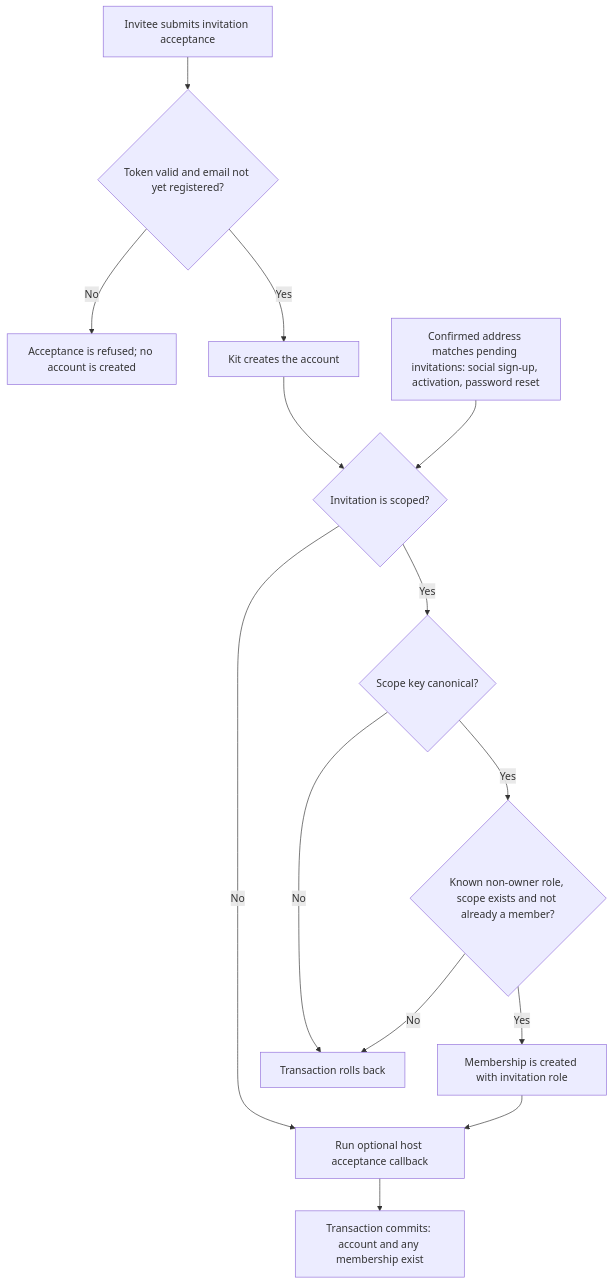
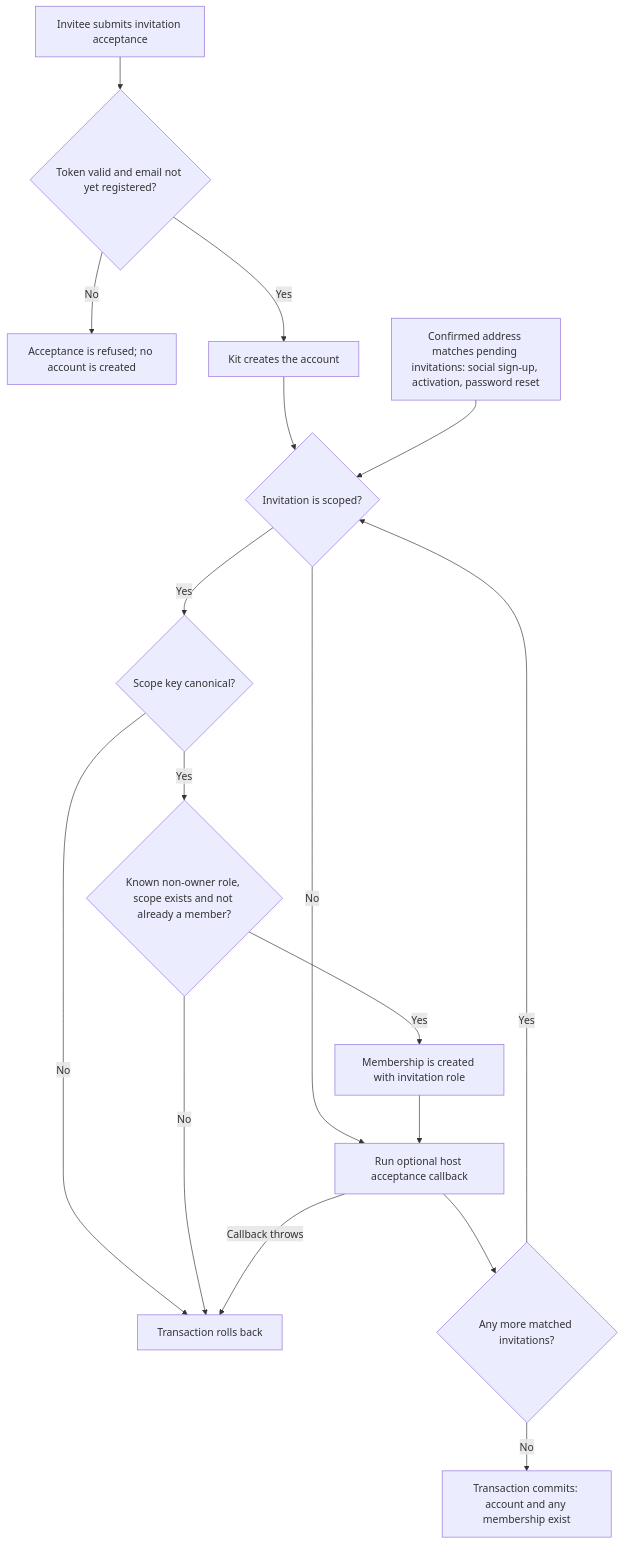
One commit to Kevinjohn/oss-adonisjs-access-control changed the first of 2 diagrams in user-stories/US-ACCESS-10-accept-invitation.md. Above: the diagram before and after it, drawn with Mermaid. The commit also changed other lines of this file and 31 other files, not shown here.

````diff
--- a/user-stories/US-ACCESS-10-accept-invitation.md
+++ b/user-stories/US-ACCESS-10-accept-invitation.md
@@ -21,16 +23,19 @@
 ```mermaid
 flowchart TD
     A["Invitee submits invitation acceptance"] --> B{"Token valid and email not yet registered?"}
     B -->|No| C["Acceptance is refused; no account is created"]
     B -->|Yes| B2["Kit creates the account"]
     B2 --> D{"Invitation is scoped?"}
     M["Confirmed address matches pending invitations: social sign-up, activation, password reset"] --> D
     D -->|No| I["Run optional host acceptance callback"]
     D -->|Yes| F{"Scope key canonical?"}
     F -->|No| G["Transaction rolls back"]
     F -->|Yes| H{"Known non-owner role, scope exists and not already a member?"}
     H -->|No| G
     H -->|Yes| J["Membership is created with invitation role"]
     J --> I
-    I --> K["Transaction commits: account and any membership exist"]
+    I --> N{"Any more matched invitations?"}
+    N -->|Yes| D
+    N -->|No| K["Transaction commits: account and any membership exist"]
+    I -->|Callback throws| G
 ```
````
